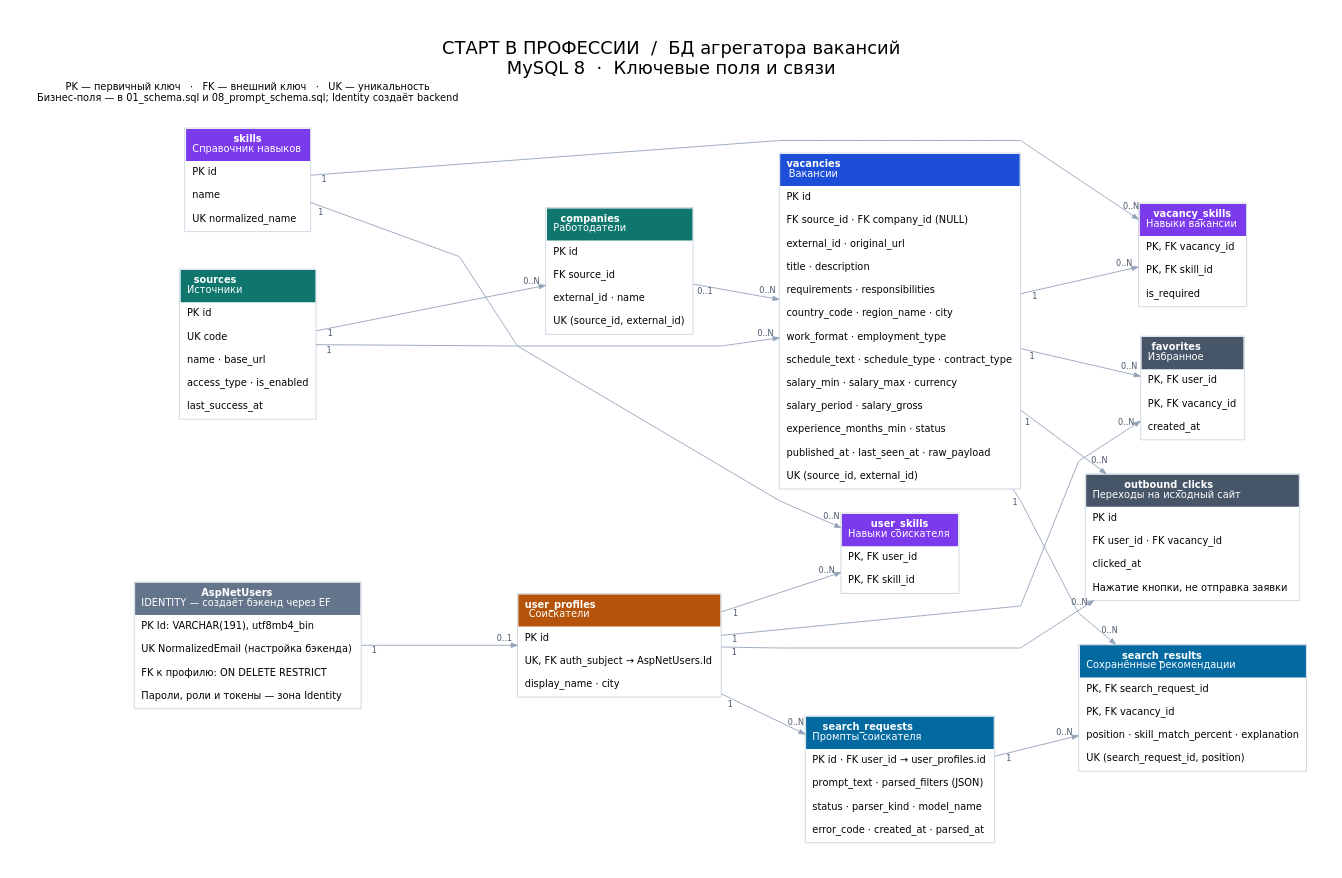
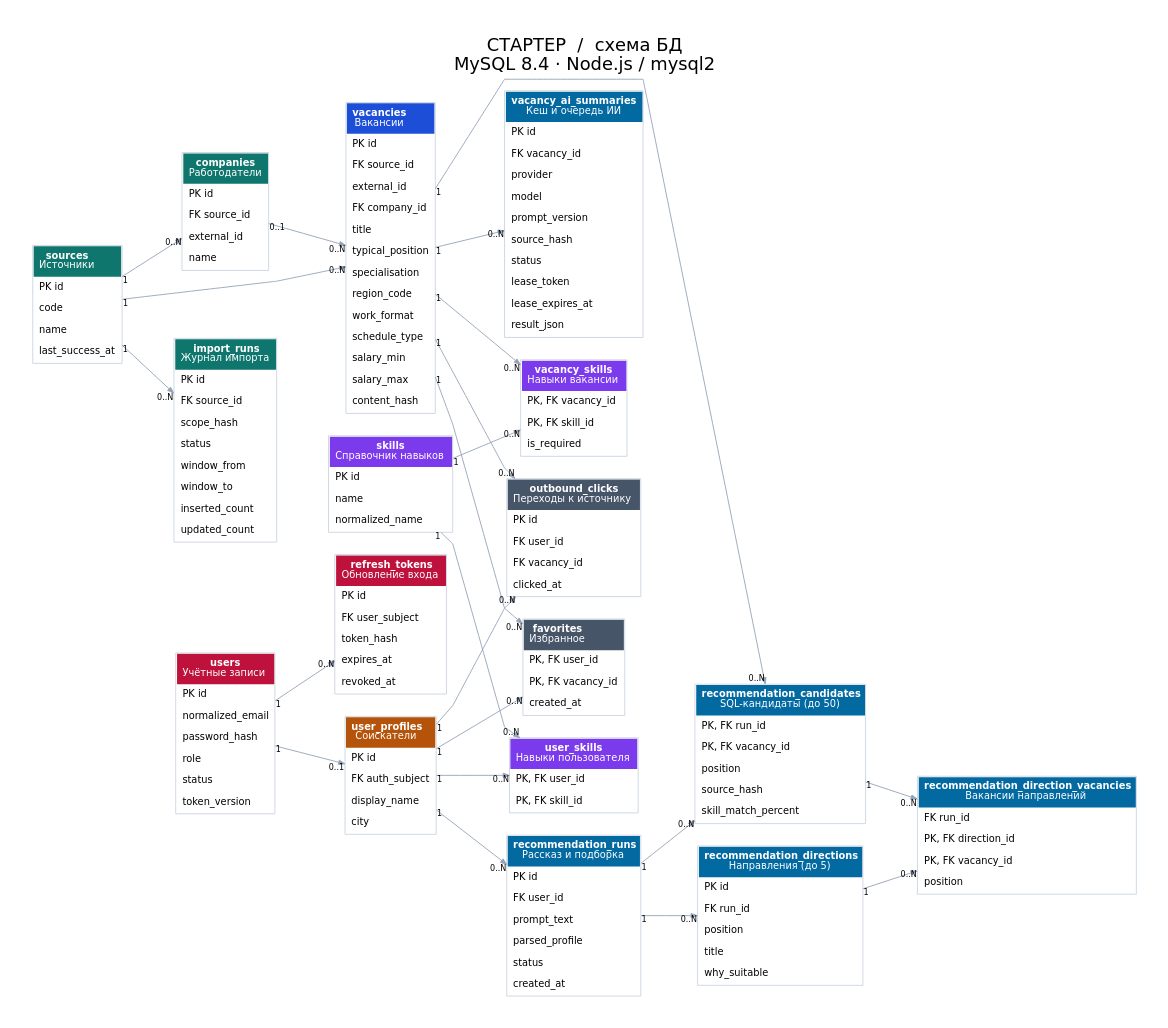
The diagram in diagram.dot (manhattanattack/hackaton-sql-scheme), drawn with Graphviz before and after one commit. The commit also changed 35 other files, not shown here.

```diff
--- a/diagram.dot
+++ b/diagram.dot
@@ -1,38 +1,44 @@
 digraph ER {
-graph [rankdir=LR, bgcolor="white", pad="0.45", nodesep="0.38", ranksep="0.9", splines=polyline,
-fontname="DejaVu Sans", fontsize=20, labelloc=t, label="СТАРТ В ПРОФЕССИИ  /  БД агрегатора вакансий\nMySQL 8  ·  Ключевые поля и связи"];
-node [shape=plain, fontname="DejaVu Sans", fontsize=11];
-edge [color="#94a3b8", arrowsize=0.7, fontname="DejaVu Sans", fontsize=9, fontcolor="#475569"];
-sources [label=<<TABLE BORDER="1" COLOR="#cbd5e1" CELLBORDER="0" CELLSPACING="0" CELLPADDING="7"><TR><TD BGCOLOR="#0f766e" ALIGN="LEFT"><FONT COLOR="white"><B>sources</B><BR/>Источники</FONT></TD></TR><TR><TD ALIGN="LEFT">PK id</TD></TR><TR><TD ALIGN="LEFT">UK code</TD></TR><TR><TD ALIGN="LEFT">name · base_url</TD></TR><TR><TD ALIGN="LEFT">access_type · is_enabled</TD></TR><TR><TD ALIGN="LEFT">last_success_at</TD></TR></TABLE>>];
-companies [label=<<TABLE BORDER="1" COLOR="#cbd5e1" CELLBORDER="0" CELLSPACING="0" CELLPADDING="7"><TR><TD BGCOLOR="#0f766e" ALIGN="LEFT"><FONT COLOR="white"><B>companies</B><BR/>Работодатели</FONT></TD></TR><TR><TD ALIGN="LEFT">PK id</TD></TR><TR><TD ALIGN="LEFT">FK source_id</TD></TR><TR><TD ALIGN="LEFT">external_id · name</TD></TR><TR><TD ALIGN="LEFT">UK (source_id, external_id)</TD></TR></TABLE>>];
-vacancies [label=<<TABLE BORDER="1" COLOR="#cbd5e1" CELLBORDER="0" CELLSPACING="0" CELLPADDING="7"><TR><TD BGCOLOR="#1d4ed8" ALIGN="LEFT"><FONT COLOR="white"><B>vacancies</B><BR/>Вакансии</FONT></TD></TR><TR><TD ALIGN="LEFT">PK id</TD></TR><TR><TD ALIGN="LEFT">FK source_id · FK company_id (NULL)</TD></TR><TR><TD ALIGN="LEFT">external_id · original_url</TD></TR><TR><TD ALIGN="LEFT">title · description</TD></TR><TR><TD ALIGN="LEFT">requirements · responsibilities</TD></TR><TR><TD ALIGN="LEFT">country_code · region_name · city</TD></TR><TR><TD ALIGN="LEFT">work_format · employment_type</TD></TR><TR><TD ALIGN="LEFT">schedule_text · schedule_type · contract_type</TD></TR><TR><TD ALIGN="LEFT">salary_min · salary_max · currency</TD></TR><TR><TD ALIGN="LEFT">salary_period · salary_gross</TD></TR><TR><TD ALIGN="LEFT">experience_months_min · status</TD></TR><TR><TD ALIGN="LEFT">published_at · last_seen_at · raw_payload</TD></TR><TR><TD ALIGN="LEFT">UK (source_id, external_id)</TD></TR></TABLE>>];
-vacancy_skills [label=<<TABLE BORDER="1" COLOR="#cbd5e1" CELLBORDER="0" CELLSPACING="0" CELLPADDING="7"><TR><TD BGCOLOR="#7c3aed" ALIGN="LEFT"><FONT COLOR="white"><B>vacancy_skills</B><BR/>Навыки вакансии</FONT></TD></TR><TR><TD ALIGN="LEFT">PK, FK vacancy_id</TD></TR><TR><TD ALIGN="LEFT">PK, FK skill_id</TD></TR><TR><TD ALIGN="LEFT">is_required</TD></TR></TABLE>>];
-skills [label=<<TABLE BORDER="1" COLOR="#cbd5e1" CELLBORDER="0" CELLSPACING="0" CELLPADDING="7"><TR><TD BGCOLOR="#7c3aed" ALIGN="LEFT"><FONT COLOR="white"><B>skills</B><BR/>Справочник навыков</FONT></TD></TR><TR><TD ALIGN="LEFT">PK id</TD></TR><TR><TD ALIGN="LEFT">name</TD></TR><TR><TD ALIGN="LEFT">UK normalized_name</TD></TR></TABLE>>];
-user_skills [label=<<TABLE BORDER="1" COLOR="#cbd5e1" CELLBORDER="0" CELLSPACING="0" CELLPADDING="7"><TR><TD BGCOLOR="#7c3aed" ALIGN="LEFT"><FONT COLOR="white"><B>user_skills</B><BR/>Навыки соискателя</FONT></TD></TR><TR><TD ALIGN="LEFT">PK, FK user_id</TD></TR><TR><TD ALIGN="LEFT">PK, FK skill_id</TD></TR></TABLE>>];
-user_profiles [label=<<TABLE BORDER="1" COLOR="#cbd5e1" CELLBORDER="0" CELLSPACING="0" CELLPADDING="7"><TR><TD BGCOLOR="#b45309" ALIGN="LEFT"><FONT COLOR="white"><B>user_profiles</B><BR/>Соискатели</FONT></TD></TR><TR><TD ALIGN="LEFT">PK id</TD></TR><TR><TD ALIGN="LEFT">UK, FK auth_subject → AspNetUsers.Id</TD></TR><TR><TD ALIGN="LEFT">display_name · city</TD></TR></TABLE>>];
-AspNetUsers [label=<<TABLE BORDER="1" COLOR="#cbd5e1" CELLBORDER="0" CELLSPACING="0" CELLPADDING="7"><TR><TD BGCOLOR="#64748b" ALIGN="LEFT"><FONT COLOR="white"><B>AspNetUsers</B><BR/>IDENTITY — создаёт бэкенд через EF</FONT></TD></TR><TR><TD ALIGN="LEFT">PK Id: VARCHAR(191), utf8mb4_bin</TD></TR><TR><TD ALIGN="LEFT">UK NormalizedEmail (настройка бэкенда)</TD></TR><TR><TD ALIGN="LEFT">FK к профилю: ON DELETE RESTRICT</TD></TR><TR><TD ALIGN="LEFT">Пароли, роли и токены — зона Identity</TD></TR></TABLE>>];
-favorites [label=<<TABLE BORDER="1" COLOR="#cbd5e1" CELLBORDER="0" CELLSPACING="0" CELLPADDING="7"><TR><TD BGCOLOR="#475569" ALIGN="LEFT"><FONT COLOR="white"><B>favorites</B><BR/>Избранное</FONT></TD></TR><TR><TD ALIGN="LEFT">PK, FK user_id</TD></TR><TR><TD ALIGN="LEFT">PK, FK vacancy_id</TD></TR><TR><TD ALIGN="LEFT">created_at</TD></TR></TABLE>>];
-outbound_clicks [label=<<TABLE BORDER="1" COLOR="#cbd5e1" CELLBORDER="0" CELLSPACING="0" CELLPADDING="7"><TR><TD BGCOLOR="#475569" ALIGN="LEFT"><FONT COLOR="white"><B>outbound_clicks</B><BR/>Переходы на исходный сайт</FONT></TD></TR><TR><TD ALIGN="LEFT">PK id</TD></TR><TR><TD ALIGN="LEFT">FK user_id · FK vacancy_id</TD></TR><TR><TD ALIGN="LEFT">clicked_at</TD></TR><TR><TD ALIGN="LEFT">Нажатие кнопки, не отправка заявки</TD></TR></TABLE>>];
-search_requests [label=<<TABLE BORDER="1" COLOR="#cbd5e1" CELLBORDER="0" CELLSPACING="0" CELLPADDING="7"><TR><TD BGCOLOR="#0369a1" ALIGN="LEFT"><FONT COLOR="white"><B>search_requests</B><BR/>Промпты соискателя</FONT></TD></TR><TR><TD ALIGN="LEFT">PK id · FK user_id → user_profiles.id</TD></TR><TR><TD ALIGN="LEFT">prompt_text · parsed_filters (JSON)</TD></TR><TR><TD ALIGN="LEFT">status · parser_kind · model_name</TD></TR><TR><TD ALIGN="LEFT">error_code · created_at · parsed_at</TD></TR></TABLE>>];
-search_results [label=<<TABLE BORDER="1" COLOR="#cbd5e1" CELLBORDER="0" CELLSPACING="0" CELLPADDING="7"><TR><TD BGCOLOR="#0369a1" ALIGN="LEFT"><FONT COLOR="white"><B>search_results</B><BR/>Сохранённые рекомендации</FONT></TD></TR><TR><TD ALIGN="LEFT">PK, FK search_request_id</TD></TR><TR><TD ALIGN="LEFT">PK, FK vacancy_id</TD></TR><TR><TD ALIGN="LEFT">position · skill_match_percent · explanation</TD></TR><TR><TD ALIGN="LEFT">UK (search_request_id, position)</TD></TR></TABLE>>];
-AspNetUsers -> user_profiles [taillabel="1", headlabel="0..1", labeldistance=1.6];
-sources -> companies [taillabel="1", headlabel="0..N", labeldistance=1.6];
-sources -> vacancies [taillabel="1", headlabel="0..N", labeldistance=1.6];
-companies -> vacancies [taillabel="0..1", headlabel="0..N", labeldistance=1.6];
-vacancies -> vacancy_skills [taillabel="1", headlabel="0..N", labeldistance=1.6];
-skills -> vacancy_skills [taillabel="1", headlabel="0..N", labeldistance=1.6];
-skills -> user_skills [taillabel="1", headlabel="0..N", labeldistance=1.6];
-user_profiles -> user_skills [taillabel="1", headlabel="0..N", labeldistance=1.6];
-user_profiles -> favorites [taillabel="1", headlabel="0..N", labeldistance=1.6];
-vacancies -> favorites [taillabel="1", headlabel="0..N", labeldistance=1.6];
-user_profiles -> outbound_clicks [taillabel="1", headlabel="0..N", labeldistance=1.6];
-vacancies -> outbound_clicks [taillabel="1", headlabel="0..N", labeldistance=1.6];
-user_profiles -> search_requests [taillabel="1", headlabel="0..N", labeldistance=1.6];
-search_requests -> search_results [taillabel="1", headlabel="0..N", labeldistance=1.6];
-vacancies -> search_results [taillabel="1", headlabel="0..N", labeldistance=1.6];
-{rank=same; AspNetUsers; sources; skills;}
-{rank=same; companies; user_profiles;}
-{rank=same; vacancies; user_skills; search_requests;}
-{rank=same; vacancy_skills; favorites; outbound_clicks; search_results;}
-legend [shape=plain, label="PK — первичный ключ   ·   FK — внешний ключ   ·   UK — уникальность\nБизнес-поля — в 01_schema.sql и 08_prompt_schema.sql; Identity создаёт backend"];
+graph [rankdir=LR, bgcolor="white",pad=0.4,nodesep=0.35,ranksep=0.8,splines=polyline,
+fontname="DejaVu Sans",fontsize=20,labelloc=t,label="СТАРТЕР  /  схема БД\nMySQL 8.4 · Node.js / mysql2"];
+node [shape=plain,fontname="DejaVu Sans",fontsize=11];
+edge [color="#94a3b8",arrowsize=0.7,fontname="DejaVu Sans",fontsize=9];
+sources [label=<<TABLE BORDER="1" COLOR="#cbd5e1" CELLBORDER="0" CELLSPACING="0" CELLPADDING="6"><TR><TD BGCOLOR="#0f766e" ALIGN="LEFT"><FONT COLOR="white"><B>sources</B><BR/>Источники</FONT></TD></TR><TR><TD ALIGN="LEFT">PK id</TD></TR><TR><TD ALIGN="LEFT">code</TD></TR><TR><TD ALIGN="LEFT">name</TD></TR><TR><TD ALIGN="LEFT">last_success_at</TD></TR></TABLE>>];
+companies [label=<<TABLE BORDER="1" COLOR="#cbd5e1" CELLBORDER="0" CELLSPACING="0" CELLPADDING="6"><TR><TD BGCOLOR="#0f766e" ALIGN="LEFT"><FONT COLOR="white"><B>companies</B><BR/>Работодатели</FONT></TD></TR><TR><TD ALIGN="LEFT">PK id</TD></TR><TR><TD ALIGN="LEFT">FK source_id</TD></TR><TR><TD ALIGN="LEFT">external_id</TD></TR><TR><TD ALIGN="LEFT">name</TD></TR></TABLE>>];
+vacancies [label=<<TABLE BORDER="1" COLOR="#cbd5e1" CELLBORDER="0" CELLSPACING="0" CELLPADDING="6"><TR><TD BGCOLOR="#1d4ed8" ALIGN="LEFT"><FONT COLOR="white"><B>vacancies</B><BR/>Вакансии</FONT></TD></TR><TR><TD ALIGN="LEFT">PK id</TD></TR><TR><TD ALIGN="LEFT">FK source_id</TD></TR><TR><TD ALIGN="LEFT">external_id</TD></TR><TR><TD ALIGN="LEFT">FK company_id</TD></TR><TR><TD ALIGN="LEFT">title</TD></TR><TR><TD ALIGN="LEFT">typical_position</TD></TR><TR><TD ALIGN="LEFT">specialisation</TD></TR><TR><TD ALIGN="LEFT">region_code</TD></TR><TR><TD ALIGN="LEFT">work_format</TD></TR><TR><TD ALIGN="LEFT">schedule_type</TD></TR><TR><TD ALIGN="LEFT">salary_min</TD></TR><TR><TD ALIGN="LEFT">salary_max</TD></TR><TR><TD ALIGN="LEFT">content_hash</TD></TR></TABLE>>];
+users [label=<<TABLE BORDER="1" COLOR="#cbd5e1" CELLBORDER="0" CELLSPACING="0" CELLPADDING="6"><TR><TD BGCOLOR="#be123c" ALIGN="LEFT"><FONT COLOR="white"><B>users</B><BR/>Учётные записи</FONT></TD></TR><TR><TD ALIGN="LEFT">PK id</TD></TR><TR><TD ALIGN="LEFT">normalized_email</TD></TR><TR><TD ALIGN="LEFT">password_hash</TD></TR><TR><TD ALIGN="LEFT">role</TD></TR><TR><TD ALIGN="LEFT">status</TD></TR><TR><TD ALIGN="LEFT">token_version</TD></TR></TABLE>>];
+refresh_tokens [label=<<TABLE BORDER="1" COLOR="#cbd5e1" CELLBORDER="0" CELLSPACING="0" CELLPADDING="6"><TR><TD BGCOLOR="#be123c" ALIGN="LEFT"><FONT COLOR="white"><B>refresh_tokens</B><BR/>Обновление входа</FONT></TD></TR><TR><TD ALIGN="LEFT">PK id</TD></TR><TR><TD ALIGN="LEFT">FK user_subject</TD></TR><TR><TD ALIGN="LEFT">token_hash</TD></TR><TR><TD ALIGN="LEFT">expires_at</TD></TR><TR><TD ALIGN="LEFT">revoked_at</TD></TR></TABLE>>];
+user_profiles [label=<<TABLE BORDER="1" COLOR="#cbd5e1" CELLBORDER="0" CELLSPACING="0" CELLPADDING="6"><TR><TD BGCOLOR="#b45309" ALIGN="LEFT"><FONT COLOR="white"><B>user_profiles</B><BR/>Соискатели</FONT></TD></TR><TR><TD ALIGN="LEFT">PK id</TD></TR><TR><TD ALIGN="LEFT">FK auth_subject</TD></TR><TR><TD ALIGN="LEFT">display_name</TD></TR><TR><TD ALIGN="LEFT">city</TD></TR></TABLE>>];
+skills [label=<<TABLE BORDER="1" COLOR="#cbd5e1" CELLBORDER="0" CELLSPACING="0" CELLPADDING="6"><TR><TD BGCOLOR="#7c3aed" ALIGN="LEFT"><FONT COLOR="white"><B>skills</B><BR/>Справочник навыков</FONT></TD></TR><TR><TD ALIGN="LEFT">PK id</TD></TR><TR><TD ALIGN="LEFT">name</TD></TR><TR><TD ALIGN="LEFT">normalized_name</TD></TR></TABLE>>];
+user_skills [label=<<TABLE BORDER="1" COLOR="#cbd5e1" CELLBORDER="0" CELLSPACING="0" CELLPADDING="6"><TR><TD BGCOLOR="#7c3aed" ALIGN="LEFT"><FONT COLOR="white"><B>user_skills</B><BR/>Навыки пользователя</FONT></TD></TR><TR><TD ALIGN="LEFT">PK, FK user_id</TD></TR><TR><TD ALIGN="LEFT">PK, FK skill_id</TD></TR></TABLE>>];
+vacancy_skills [label=<<TABLE BORDER="1" COLOR="#cbd5e1" CELLBORDER="0" CELLSPACING="0" CELLPADDING="6"><TR><TD BGCOLOR="#7c3aed" ALIGN="LEFT"><FONT COLOR="white"><B>vacancy_skills</B><BR/>Навыки вакансии</FONT></TD></TR><TR><TD ALIGN="LEFT">PK, FK vacancy_id</TD></TR><TR><TD ALIGN="LEFT">PK, FK skill_id</TD></TR><TR><TD ALIGN="LEFT">is_required</TD></TR></TABLE>>];
+favorites [label=<<TABLE BORDER="1" COLOR="#cbd5e1" CELLBORDER="0" CELLSPACING="0" CELLPADDING="6"><TR><TD BGCOLOR="#475569" ALIGN="LEFT"><FONT COLOR="white"><B>favorites</B><BR/>Избранное</FONT></TD></TR><TR><TD ALIGN="LEFT">PK, FK user_id</TD></TR><TR><TD ALIGN="LEFT">PK, FK vacancy_id</TD></TR><TR><TD ALIGN="LEFT">created_at</TD></TR></TABLE>>];
+outbound_clicks [label=<<TABLE BORDER="1" COLOR="#cbd5e1" CELLBORDER="0" CELLSPACING="0" CELLPADDING="6"><TR><TD BGCOLOR="#475569" ALIGN="LEFT"><FONT COLOR="white"><B>outbound_clicks</B><BR/>Переходы к источнику</FONT></TD></TR><TR><TD ALIGN="LEFT">PK id</TD></TR><TR><TD ALIGN="LEFT">FK user_id</TD></TR><TR><TD ALIGN="LEFT">FK vacancy_id</TD></TR><TR><TD ALIGN="LEFT">clicked_at</TD></TR></TABLE>>];
+import_runs [label=<<TABLE BORDER="1" COLOR="#cbd5e1" CELLBORDER="0" CELLSPACING="0" CELLPADDING="6"><TR><TD BGCOLOR="#0f766e" ALIGN="LEFT"><FONT COLOR="white"><B>import_runs</B><BR/>Журнал импорта</FONT></TD></TR><TR><TD ALIGN="LEFT">PK id</TD></TR><TR><TD ALIGN="LEFT">FK source_id</TD></TR><TR><TD ALIGN="LEFT">scope_hash</TD></TR><TR><TD ALIGN="LEFT">status</TD></TR><TR><TD ALIGN="LEFT">window_from</TD></TR><TR><TD ALIGN="LEFT">window_to</TD></TR><TR><TD ALIGN="LEFT">inserted_count</TD></TR><TR><TD ALIGN="LEFT">updated_count</TD></TR></TABLE>>];
+vacancy_ai_summaries [label=<<TABLE BORDER="1" COLOR="#cbd5e1" CELLBORDER="0" CELLSPACING="0" CELLPADDING="6"><TR><TD BGCOLOR="#0369a1" ALIGN="LEFT"><FONT COLOR="white"><B>vacancy_ai_summaries</B><BR/>Кеш и очередь ИИ</FONT></TD></TR><TR><TD ALIGN="LEFT">PK id</TD></TR><TR><TD ALIGN="LEFT">FK vacancy_id</TD></TR><TR><TD ALIGN="LEFT">provider</TD></TR><TR><TD ALIGN="LEFT">model</TD></TR><TR><TD ALIGN="LEFT">prompt_version</TD></TR><TR><TD ALIGN="LEFT">source_hash</TD></TR><TR><TD ALIGN="LEFT">status</TD></TR><TR><TD ALIGN="LEFT">lease_token</TD></TR><TR><TD ALIGN="LEFT">lease_expires_at</TD></TR><TR><TD ALIGN="LEFT">result_json</TD></TR></TABLE>>];
+recommendation_runs [label=<<TABLE BORDER="1" COLOR="#cbd5e1" CELLBORDER="0" CELLSPACING="0" CELLPADDING="6"><TR><TD BGCOLOR="#0369a1" ALIGN="LEFT"><FONT COLOR="white"><B>recommendation_runs</B><BR/>Рассказ и подборка</FONT></TD></TR><TR><TD ALIGN="LEFT">PK id</TD></TR><TR><TD ALIGN="LEFT">FK user_id</TD></TR><TR><TD ALIGN="LEFT">prompt_text</TD></TR><TR><TD ALIGN="LEFT">parsed_profile</TD></TR><TR><TD ALIGN="LEFT">status</TD></TR><TR><TD ALIGN="LEFT">created_at</TD></TR></TABLE>>];
+recommendation_candidates [label=<<TABLE BORDER="1" COLOR="#cbd5e1" CELLBORDER="0" CELLSPACING="0" CELLPADDING="6"><TR><TD BGCOLOR="#0369a1" ALIGN="LEFT"><FONT COLOR="white"><B>recommendation_candidates</B><BR/>SQL-кандидаты (до 50)</FONT></TD></TR><TR><TD ALIGN="LEFT">PK, FK run_id</TD></TR><TR><TD ALIGN="LEFT">PK, FK vacancy_id</TD></TR><TR><TD ALIGN="LEFT">position</TD></TR><TR><TD ALIGN="LEFT">source_hash</TD></TR><TR><TD ALIGN="LEFT">skill_match_percent</TD></TR></TABLE>>];
+recommendation_directions [label=<<TABLE BORDER="1" COLOR="#cbd5e1" CELLBORDER="0" CELLSPACING="0" CELLPADDING="6"><TR><TD BGCOLOR="#0369a1" ALIGN="LEFT"><FONT COLOR="white"><B>recommendation_directions</B><BR/>Направления (до 5)</FONT></TD></TR><TR><TD ALIGN="LEFT">PK id</TD></TR><TR><TD ALIGN="LEFT">FK run_id</TD></TR><TR><TD ALIGN="LEFT">position</TD></TR><TR><TD ALIGN="LEFT">title</TD></TR><TR><TD ALIGN="LEFT">why_suitable</TD></TR></TABLE>>];
+recommendation_direction_vacancies [label=<<TABLE BORDER="1" COLOR="#cbd5e1" CELLBORDER="0" CELLSPACING="0" CELLPADDING="6"><TR><TD BGCOLOR="#0369a1" ALIGN="LEFT"><FONT COLOR="white"><B>recommendation_direction_vacancies</B><BR/>Вакансии направлений</FONT></TD></TR><TR><TD ALIGN="LEFT">FK run_id</TD></TR><TR><TD ALIGN="LEFT">PK, FK direction_id</TD></TR><TR><TD ALIGN="LEFT">PK, FK vacancy_id</TD></TR><TR><TD ALIGN="LEFT">position</TD></TR></TABLE>>];
+sources -> companies [taillabel="1",headlabel="0..N"];
+sources -> vacancies [taillabel="1",headlabel="0..N"];
+sources -> import_runs [taillabel="1",headlabel="0..N"];
+companies -> vacancies [taillabel="0..1",headlabel="0..N"];
+users -> user_profiles [taillabel="1",headlabel="0..1"];
+users -> refresh_tokens [taillabel="1",headlabel="0..N"];
+user_profiles -> user_skills [taillabel="1",headlabel="0..N"];
+skills -> user_skills [taillabel="1",headlabel="0..N"];
+skills -> vacancy_skills [taillabel="1",headlabel="0..N"];
+vacancies -> vacancy_skills [taillabel="1",headlabel="0..N"];
+user_profiles -> favorites [taillabel="1",headlabel="0..N"];
+vacancies -> favorites [taillabel="1",headlabel="0..N"];
+user_profiles -> outbound_clicks [taillabel="1",headlabel="0..N"];
+vacancies -> outbound_clicks [taillabel="1",headlabel="0..N"];
+vacancies -> vacancy_ai_summaries [taillabel="1",headlabel="0..N"];
+user_profiles -> recommendation_runs [taillabel="1",headlabel="0..N"];
+recommendation_runs -> recommendation_candidates [taillabel="1",headlabel="0..N"];
+vacancies -> recommendation_candidates [taillabel="1",headlabel="0..N"];
+recommendation_runs -> recommendation_directions [taillabel="1",headlabel="0..N"];
+recommendation_directions -> recommendation_direction_vacancies [taillabel="1",headlabel="0..N"];
+recommendation_candidates -> recommendation_direction_vacancies [taillabel="1",headlabel="0..N"];
 }
```
